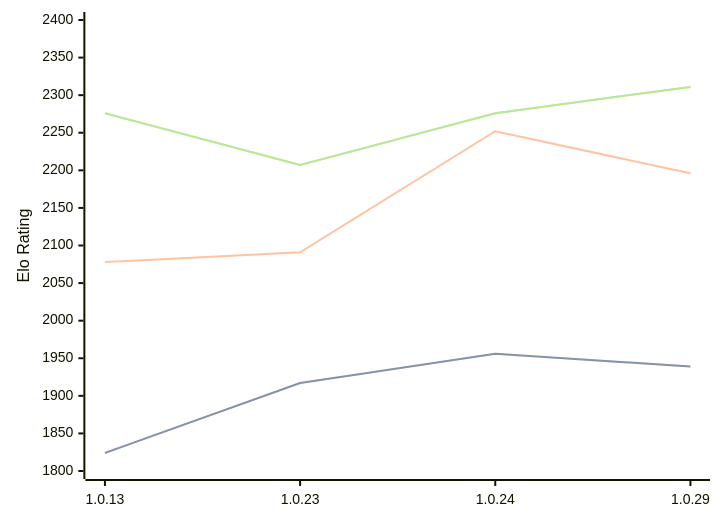
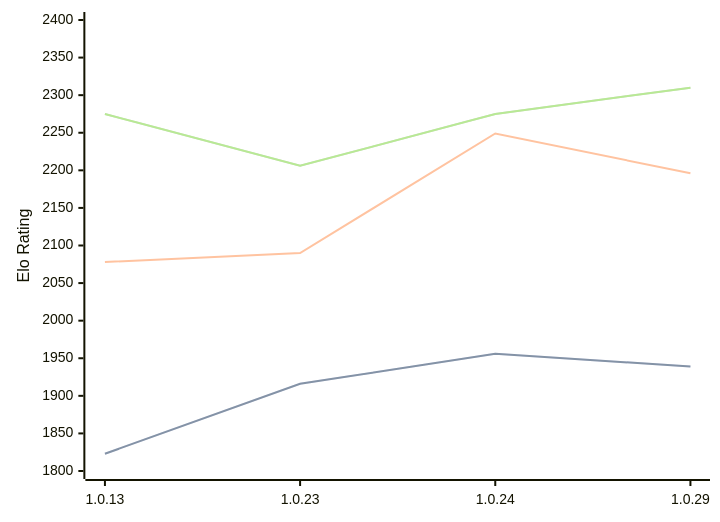
One commit to computer-chess-index/cci changed the diagram in engines/RustyRival.md. Above: the diagram before and after it, drawn with Mermaid. The commit also changed other lines of this file, not shown here.

Commit message:
Update CCI Ratings (ELO VLTC) - 2026-03-17

````diff
--- a/engines/RustyRival.md
+++ b/engines/RustyRival.md
@@ -59,11 +59,11 @@
 ```mermaid
 %%{init: {"theme":"base","themeVariables":{"seriesColors:['#a3a3a3','#222221','#faa371']}}}%%
 xychart-beta
   x-axis ["1.0.13", "1.0.23", "1.0.24", "1.0.29"]
   y-axis "Elo Rating" 1800 --> 2400
-  line "STC (8.0+0.08s)" [1824, 1917, 1956, 1939]
-  line "STC (8.0+0.08s)" [1824, 1917, 1956, 1939]
-  line "LTC (60.0+0.60s)" [2078, 2091, 2252, 2196]
-  line "VLTC (2m24s+1.12s)" [2276, 2207, 2276, 2311]
-  line "VLTC (2m24s+1.12s)" [2276, 2207, 2276, 2311]
+  line "STC (8.0+0.08s)" [1823, 1916, 1956, 1939]
+  line "STC (8.0+0.08s)" [1823, 1916, 1956, 1939]
+  line "LTC (60.0+0.60s)" [2078, 2090, 2249, 2196]
+  line "VLTC (2m24s+1.12s)" [2275, 2206, 2275, 2310]
+  line "VLTC (2m24s+1.12s)" [2275, 2206, 2275, 2310]
 ```
````
